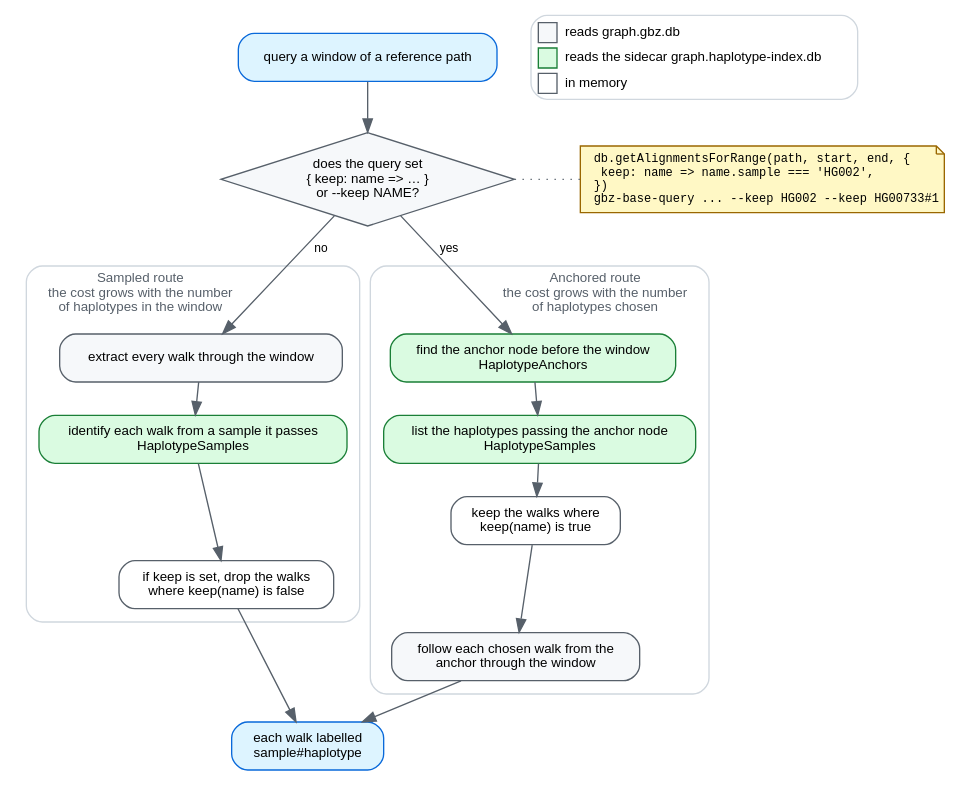
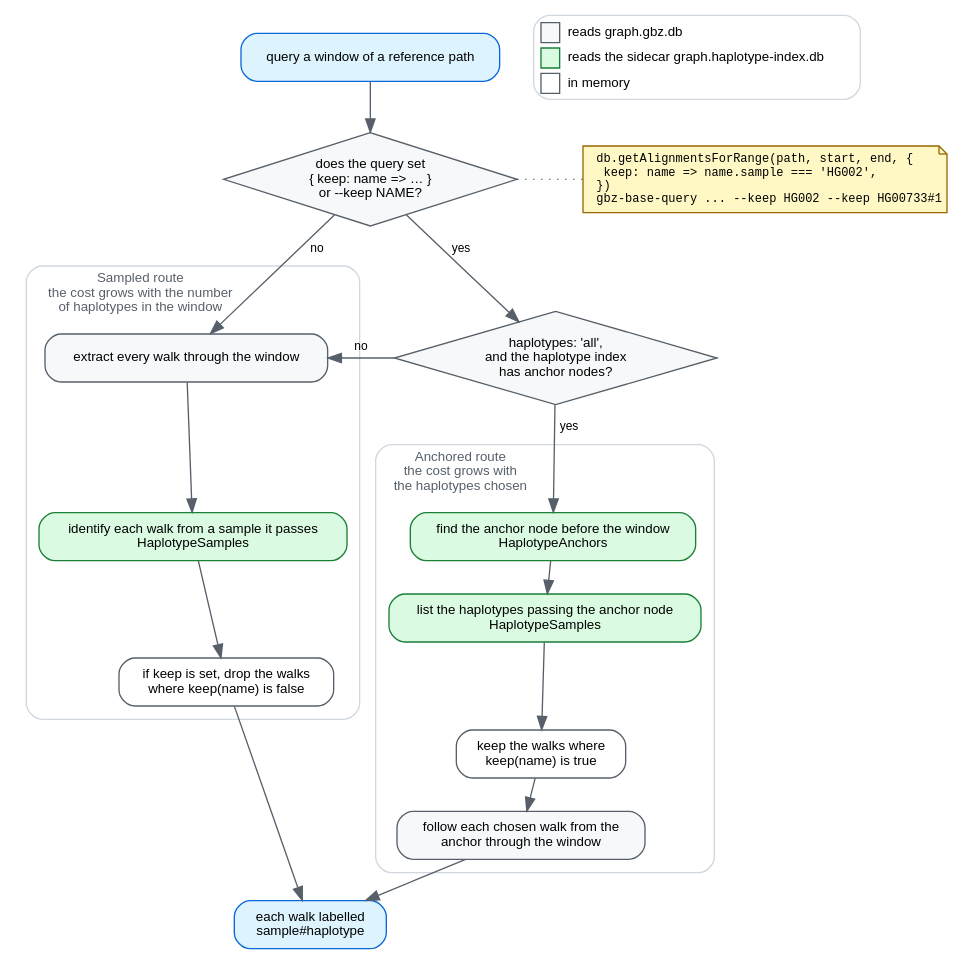
Before and after one commit to GMOD/gbz-base-js: the diagram in docs/img/naming-routes.dot, drawn with Graphviz. The commit also changed 4 other files, not shown here.

First line of the commit message:
Docs: split the naming-route decision into keep and anchor checks

```diff
--- a/docs/img/naming-routes.dot
+++ b/docs/img/naming-routes.dot
@@ -1,74 +1,77 @@
 // Source for docs/img/naming-routes.svg, which docs/haplotype-index.md embeds.
 // Regenerate with: dot -Tsvg docs/img/naming-routes.dot -o docs/img/naming-routes.svg
 // Palette matches dataflow.dot.
 //
 // Main paths only. The anchored route's two fallbacks (a chosen haplotype
 // missing from the anchor, a walk that never reaches the window) are prose in
 // haplotype-index.md; drawn, their dashed edges crossed both clusters and
 // buried the choice the diagram exists to show.
 digraph namingroutes {
   rankdir=TB
   bgcolor="white"
   nodesep=0.35
   ranksep=0.32
   newrank=true
   node [shape=box style="filled,rounded" fillcolor="#f6f8fa" color="#57606a"
         fontname="Helvetica" fontsize=10 margin="0.14,0.07"]
   edge [color="#57606a" fontname="Helvetica" fontsize=9]
 
   query  [label="query a window of a reference path" fillcolor="#ddf4ff" color="#0969da"]
   choose [label="does the query set\n{ keep: name => … }\nor --keep NAME?" shape=diamond style=filled margin="0.02,0.02"]
+  anchors [label="haplotypes: 'all',\nand the haplotype index\nhas anchor nodes?" shape=diamond style=filled margin="0.02,0.02"]
   how    [label="db.getAlignmentsForRange(path, start, end, {\l  keep: name => name.sample === 'HG002',\l})\lgbz-base-query ... --keep HG002 --keep HG00733#1\l"
           shape=note fontname="Courier" fontsize=9 fillcolor="#fff8c5" color="#9a6700"]
   { rank=same; choose; how }
   choose -> how [style=dotted arrowhead=none]
   out    [label="each walk labelled\nsample#haplotype" fillcolor="#ddf4ff" color="#0969da"]
 
   legend [shape=plaintext style="" margin=0 label=<
     <table border="1" color="#d0d7de" cellborder="0" cellspacing="4" cellpadding="2" style="rounded">
       <tr><td border="1" bgcolor="#f6f8fa" color="#57606a" width="14"></td><td align="left">reads graph.gbz.db</td></tr>
       <tr><td border="1" bgcolor="#dafbe1" color="#1a7f37" width="14"></td><td align="left">reads the sidecar graph.haplotype-index.db</td></tr>
       <tr><td border="1" bgcolor="white" color="#57606a" width="14"></td><td align="left">in memory</td></tr>
     </table>>]
   { rank=same; query; legend }
 
   query -> choose
 
   subgraph cluster_sampled {
     label="Sampled route\nthe cost grows with the number\nof haplotypes in the window"
     labelloc="t"
     labeljust="l"
     fontname="Helvetica"
     fontsize=10
     fontcolor="#57606a"
     color="#d0d7de"
     style="rounded"
     margin=10
     s1 [label="extract every walk through the window"]
     s2 [label="identify each walk from a sample it passes\nHaplotypeSamples" fillcolor="#dafbe1" color="#1a7f37"]
     s3 [label="if keep is set, drop the walks\nwhere keep(name) is false" fillcolor="white"]
     s1 -> s2 -> s3
   }
 
   subgraph cluster_anchored {
-    label="Anchored route\nthe cost grows with the number\nof haplotypes chosen"
+    label="Anchored route\nthe cost grows with\nthe haplotypes chosen"
     labelloc="t"
-    labeljust="r"
+    labeljust="l"
     fontname="Helvetica"
     fontsize=10
     fontcolor="#57606a"
     color="#d0d7de"
     style="rounded"
     margin=10
     a1 [label="find the anchor node before the window\nHaplotypeAnchors" fillcolor="#dafbe1" color="#1a7f37"]
     a2 [label="list the haplotypes passing the anchor node\nHaplotypeSamples" fillcolor="#dafbe1" color="#1a7f37"]
     a2b [label="keep the walks where\nkeep(name) is true" fillcolor="white"]
     a3 [label="follow each chosen walk from the\nanchor through the window"]
     a1 -> a2 -> a2b -> a3
   }
 
   choose -> s1 [label=" no "]
-  choose -> a1 [label=" yes "]
+  choose -> anchors [label=" yes "]
+  anchors -> s1 [label=" no " constraint=false]
+  anchors -> a1 [label=" yes "]
   s3 -> out
   a3 -> out
 }
```
